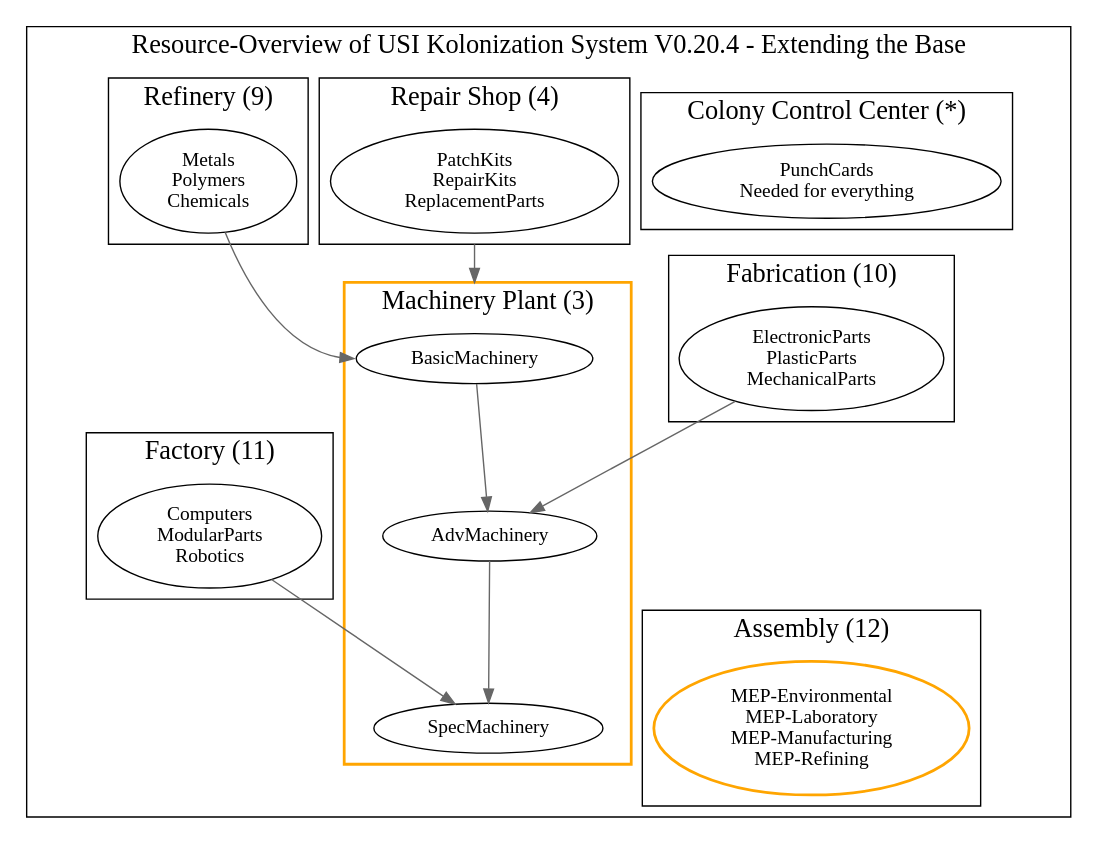
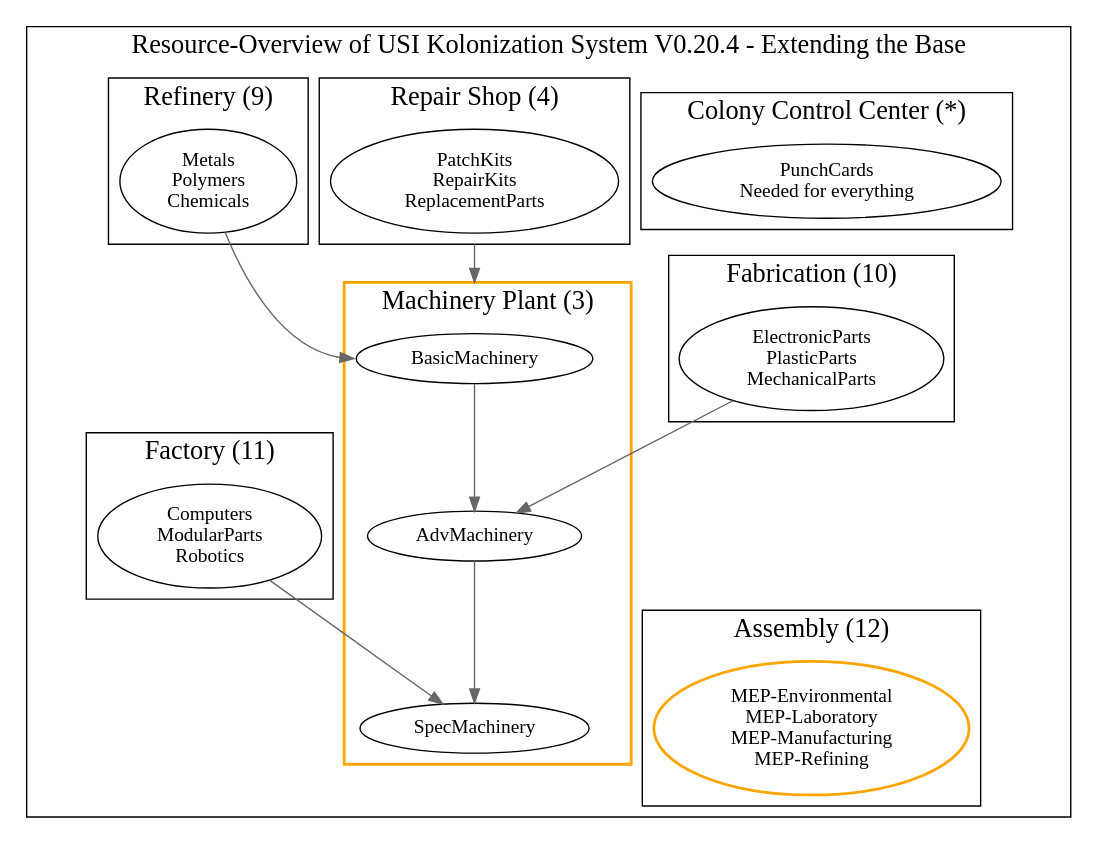
The diagram in Extending.dot (mhoram-kerbin/USI-Kolonization-Systems-Resources), drawn with Graphviz before and after one commit. The commit also changed 2 other files, not shown here.

```diff
--- a/Extending.dot
+++ b/Extending.dot
@@ -1,76 +1,76 @@
 /* -*- coding: utf-8; -*-
 Overview over USI Kolonization System Resources
 Copyright 2014 By Mhoram
 
 This Work may be distributed under the Creative Commons
 Attribution-ShareAlike 4.0 International or Creative Commons
 Attribution-NonCommercial-ShareAlike 4.0 International License as you
 chose.
 
 */
 
-# dot -Tpdf -o Resources.pdf Resources.dot
+# dot -Tpdf -o Extending.pdf Extending.dot
 # dot -Tpng -o Resources.png Resources.dot
 
 digraph Resources {
     compound=true;
 
     subgraph clusterEXTENSION {
         graph [label="Resource-Overview of USI Kolonization System V0.20.4 - Extending the Base" fontsize=19];
 
 
         subgraph clusterCCCE {
             label="Colony Control Center (*)";
             CommandE [label="PunchCards\nNeeded for everything"];
         }
 
         subgraph clusterRepairE {
             label="Repair Shop (4)";
             RepairKitsE [label="PatchKits\nRepairKits\nReplacementParts"];
         }
 
 
         subgraph clusterRefineryE {
             label="Refinery (9)";
             PolymersE [label="Metals\nPolymers\nChemicals"];
         }
 
         subgraph clusterFabricationE {
             label="Fabrication (10)"
             PlasticPartsE [label="ElectronicParts\nPlasticParts\nMechanicalParts"];
         }
 
         subgraph clusterFactoryE {
             label="Factory (11)"
             ComputersE [label="Computers\nModularParts\nRobotics"];
         }
 
         subgraph clusterAssemblyE {
             label="Assembly (12)"
             AssemblyE [label="MEP-Environmental\nMEP-Laboratory\nMEP-Manufacturing\nMEP-Refining", color="orange",penwidth=2];
         }
 
         subgraph clusterMachinery {
             label="Machinery Plant (3)";
             color="orange";penwidth=2;
             BasicMachinery;
             AdvMachinery;
             SpecMachinery;
-            BasicMachinery -> AdvMachinery -> SpecMachinery [color="#666666"];
+            BasicMachinery -> AdvMachinery -> SpecMachinery [color="#666666",weight=10];
         }
 
         edge [color="#666666"];
 
         RepairKitsE -> BasicMachinery [lhead=clusterMachinery; ltail=clusterRepairE,weight=10];
 
         PolymersE -> BasicMachinery[headport=w];
         PlasticPartsE -> AdvMachinery;
         ComputersE -> SpecMachinery;
         CommandE -> PlasticPartsE [style=invisible,arrowhead=none];
         BasicMachinery -> ComputersE [style=invisible,arrowhead=none];
         PlasticPartsE -> AssemblyE [style=invisible,arrowhead=none];
         PolymersE -> ComputersE [style=invisible,arrowhead=none];
         AdvMachinery -> AssemblyE [style=invisible,arrowhead=none];
     }
 
 }
```
